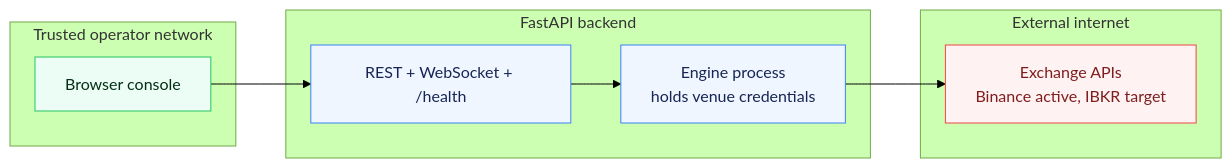
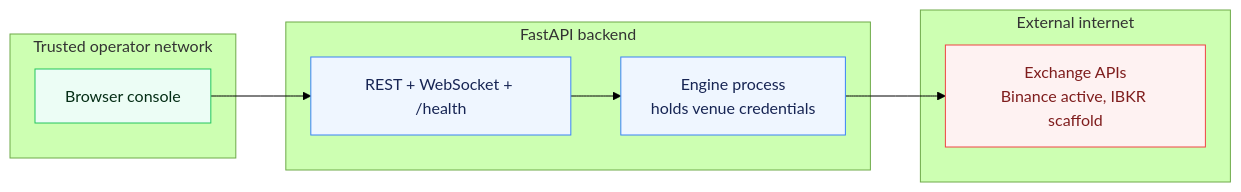
Before and after one commit to Zendragon98/algo-trading-hub: the diagram in docs/SECURITY.md, drawn with Mermaid (forest theme). The commit also changed 9 other files, not shown here.

Commit message:
Align architecture diagrams with implementation

````diff
--- a/docs/SECURITY.md
+++ b/docs/SECURITY.md
@@ -9,26 +9,26 @@
 ```mermaid
 flowchart LR
     subgraph Operator["Trusted operator network"]
         BROWSER["Browser console"]
     end
 
     subgraph Backend["FastAPI backend"]
         API["REST + WebSocket + /health"]
         ENGINE["Engine process<br/>holds venue credentials"]
         API --> ENGINE
     end
 
     subgraph Internet["External internet"]
-        VENUE["Exchange APIs<br/>Binance active, IBKR target"]
+        VENUE["Exchange APIs<br/>Binance active, IBKR scaffold"]
     end
 
     BROWSER --> API
     ENGINE --> VENUE
 
     classDef trusted fill:#ecfdf5,stroke:#22c55e,color:#052e16
     classDef backend fill:#eff6ff,stroke:#3b82f6,color:#172554
     classDef external fill:#fef2f2,stroke:#ef4444,color:#7f1d1d
     class BROWSER trusted
     class API,ENGINE backend
     class VENUE external
 ```
````
